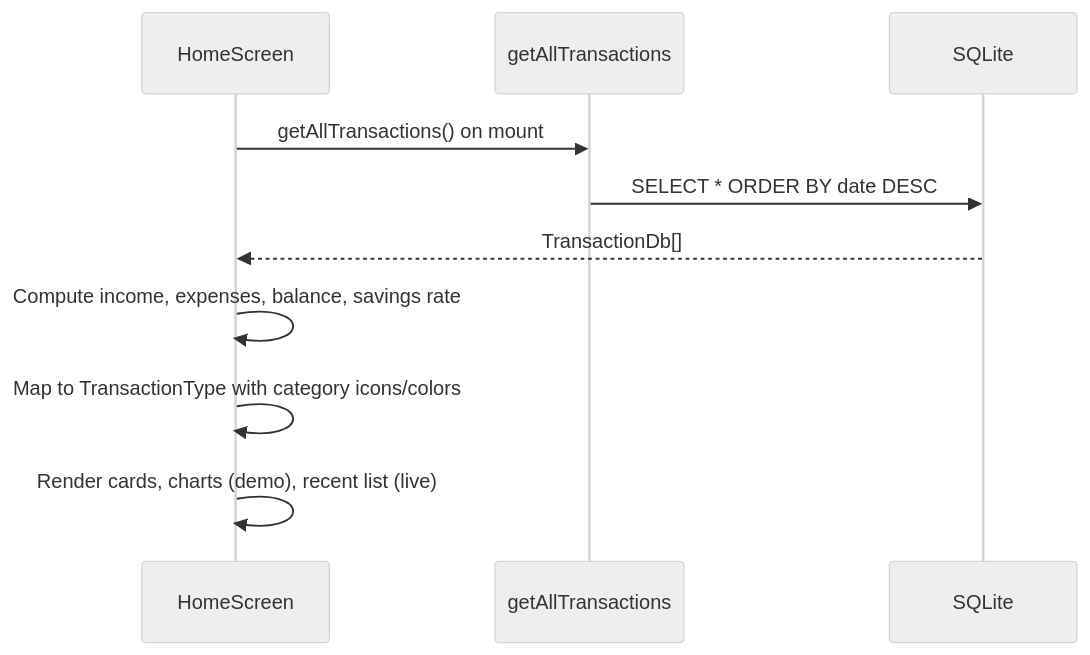
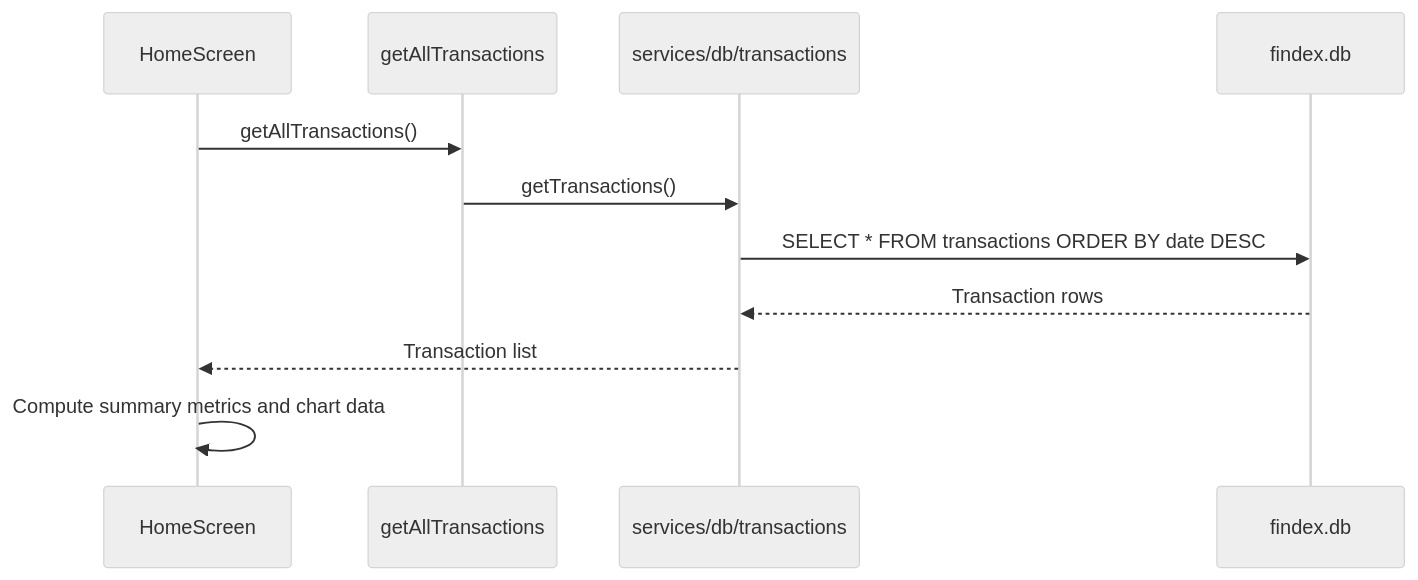
The fourth of 4 diagrams in docs/PROJECT_ARCHITECTURE.md (Mitko-M/FinDash), drawn with Mermaid (neutral theme) before and after one commit. The commit also changed other lines of this file and 3 other files, not shown here.

````diff
--- a/docs/PROJECT_ARCHITECTURE.md
+++ b/docs/PROJECT_ARCHITECTURE.md
@@ -256,13 +222,14 @@
 ```mermaid
 sequenceDiagram
     participant Home as HomeScreen
     participant Service as getAllTransactions
-    participant DB as SQLite
+    participant DB as services/db/transactions
+    participant SQLite as findex.db
 
-    Home->>Service: getAllTransactions() on mount
-    Service->>DB: SELECT * ORDER BY date DESC
-    DB-->>Home: TransactionDb[]
-    Home->>Home: Compute income, expenses, balance, savings rate
-    Home->>Home: Map to TransactionType with category icons/colors
-    Home->>Home: Render cards, charts (demo), recent list (live)
+    Home->>Service: getAllTransactions()
+    Service->>DB: getTransactions()
+    DB->>SQLite: SELECT * FROM transactions ORDER BY date DESC
+    SQLite-->>DB: Transaction rows
+    DB-->>Home: Transaction list
+    Home->>Home: Compute summary metrics and chart data
 ```
````
